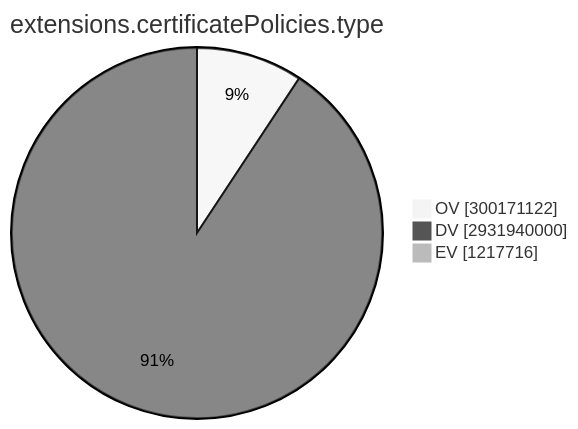
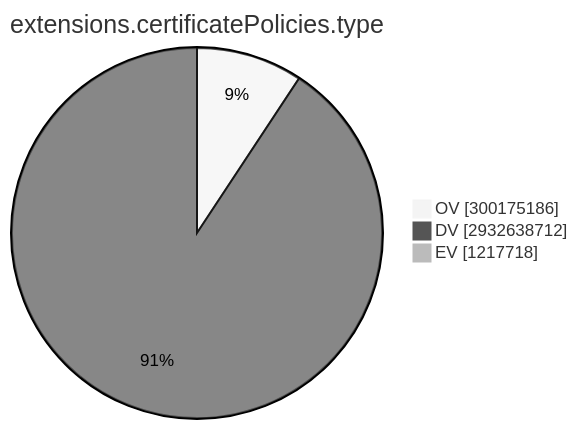
Before and after one commit to christiankrug/ctmonitor_visualization: the ninth of 15 diagrams in TOTAL/README.md, drawn with Mermaid (neutral theme). The commit also changed other lines of this file, not shown here.

````diff
--- a/TOTAL/README.md
+++ b/TOTAL/README.md
@@ -3101,7 +3101,7 @@
 ```mermaid
 pie showData
 title extensions.certificatePolicies.type
-"OV" :300171122
-"DV" :2931940000
-"EV" :1217716
+"OV" :300175186
+"DV" :2932638712
+"EV" :1217718
 ```
````
